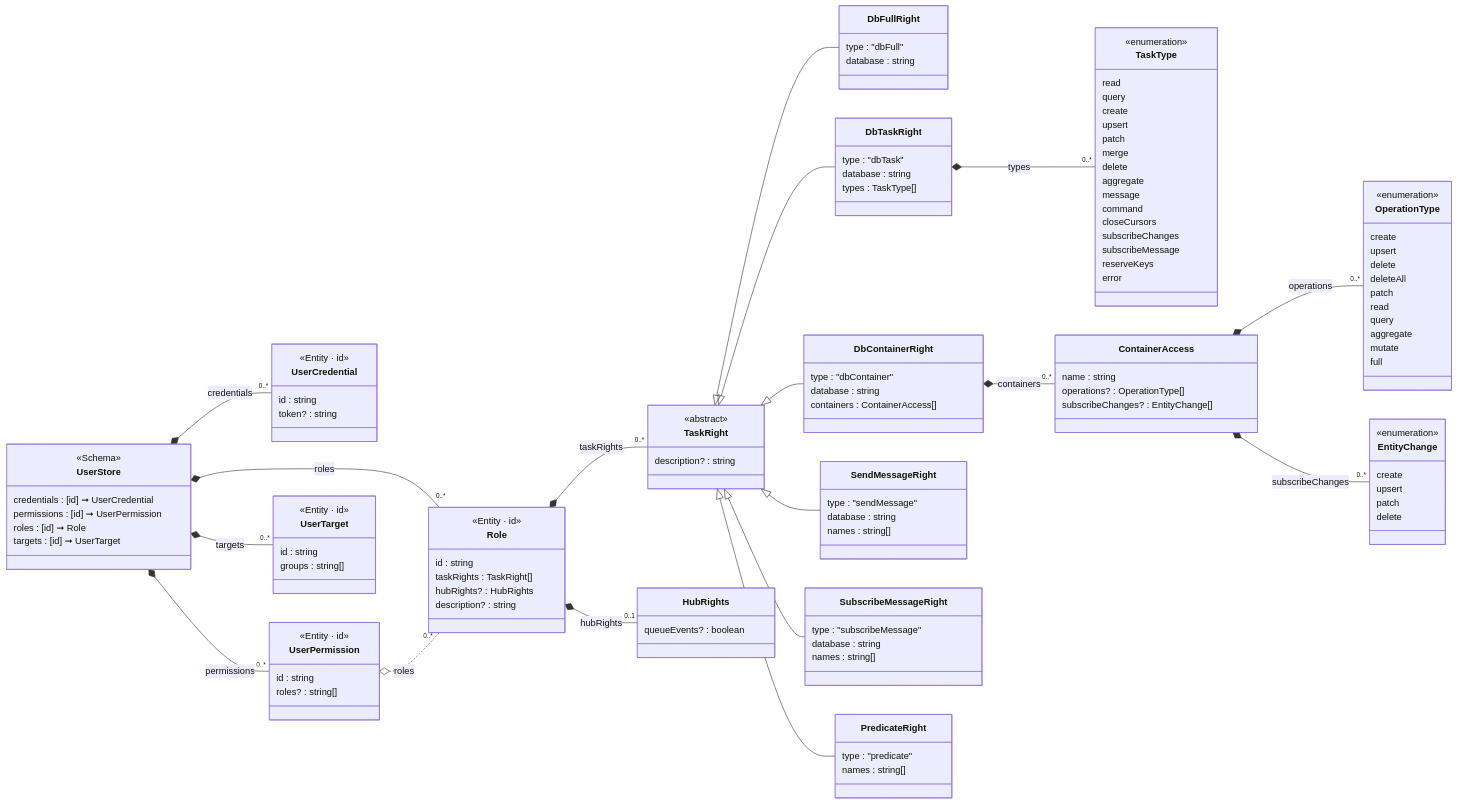
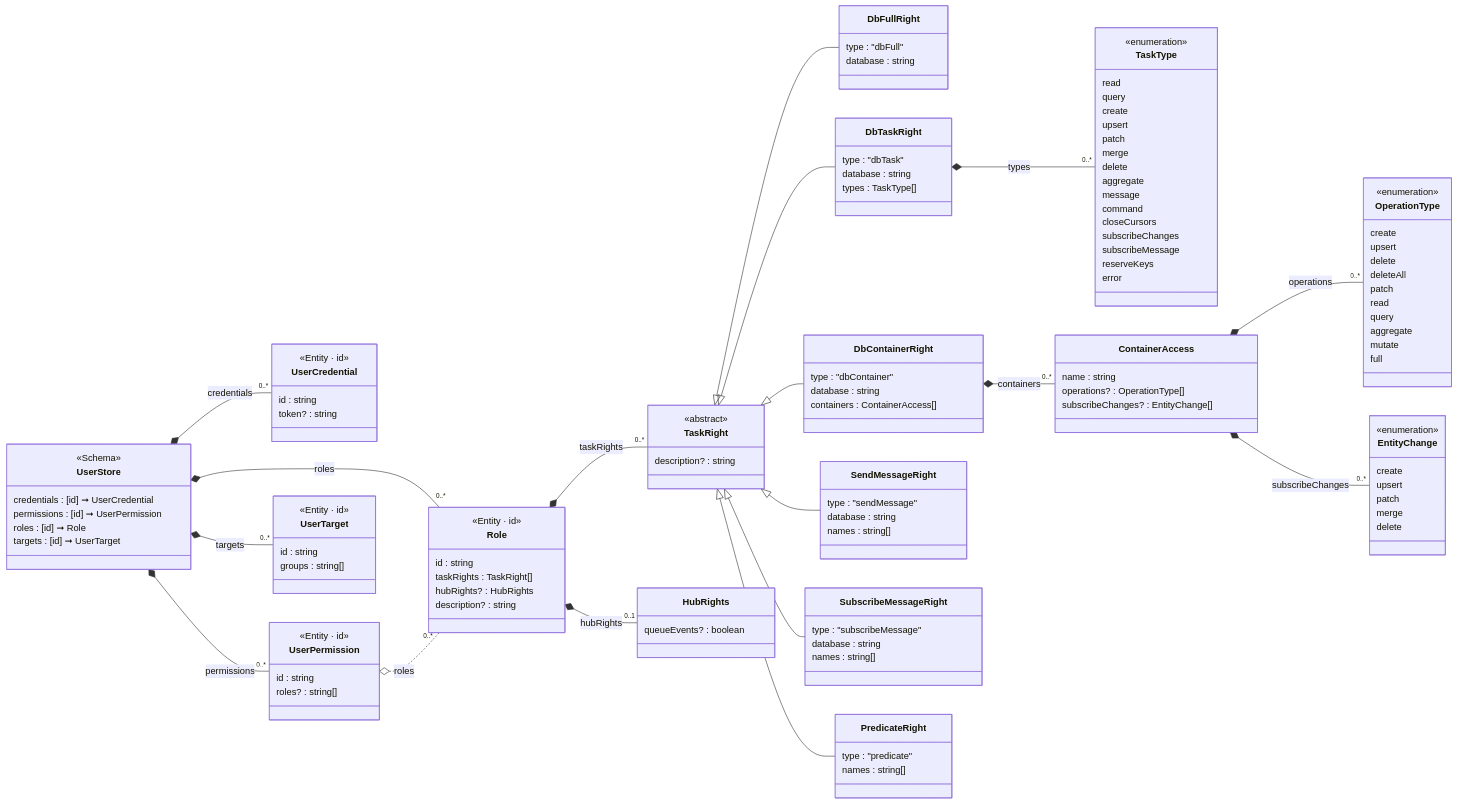
The diagram in Json.Tests/assets~/Schema/Markdown/UserStore/class-diagram.md (friflo/Friflo.Json.Fliox), drawn with Mermaid before and after one commit. The commit also changed 63 other files, not shown here.

```diff
--- a/Json.Tests/assets~/Schema/Markdown/UserStore/class-diagram.md
+++ b/Json.Tests/assets~/Schema/Markdown/UserStore/class-diagram.md
@@ -145,6 +145,7 @@
     create
     upsert
     patch
+    merge
     delete
 }
 
```
